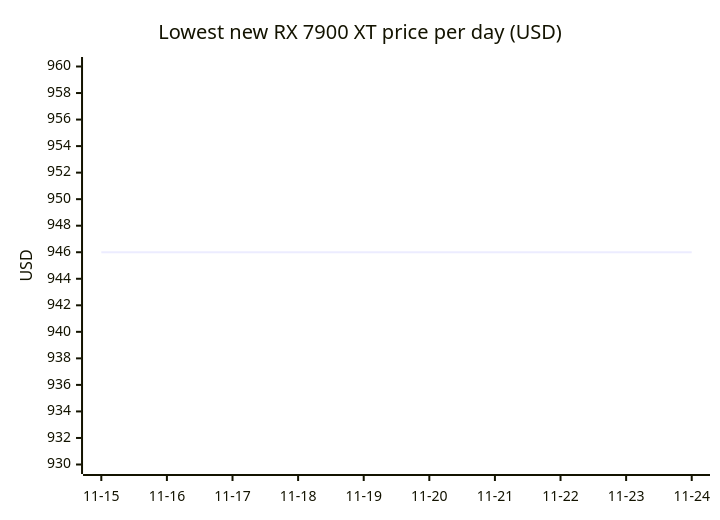
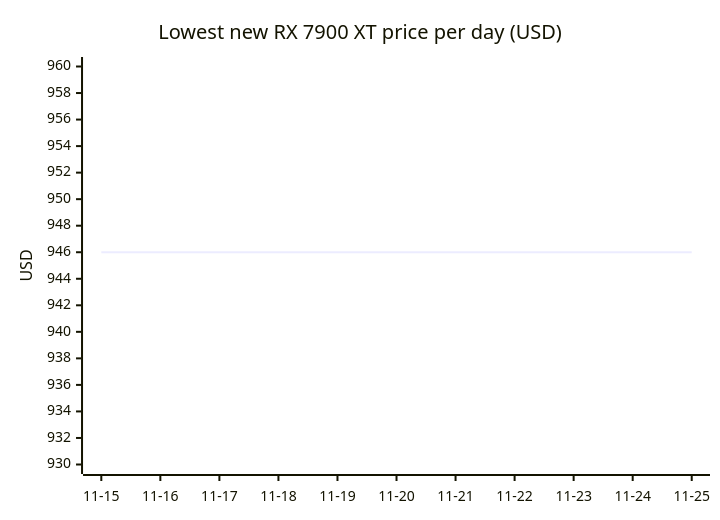
One commit to 7324136828/4tb_ssd_price_watch changed diagram 14 of 18 in README.md. Above: the diagram before and after it, drawn with Mermaid. The commit also changed other lines of this file, not shown here.

````diff
--- a/README.md
+++ b/README.md
@@ -1247,7 +1285,7 @@
 ```mermaid
 xychart-beta
     title "Lowest new RX 7900 XT price per day (USD)"
-    x-axis ["11-15", "11-16", "11-17", "11-18", "11-19", "11-20", "11-21", "11-22", "11-23", "11-24"]
+    x-axis ["11-15", "11-16", "11-17", "11-18", "11-19", "11-20", "11-21", "11-22", "11-23", "11-24", "11-25"]
     y-axis "USD" 930 --> 960
-    line [946.00, 946.00, 946.00, 946.00, 946.00, 946.00, 946.00, 946.00, 946.00, 946.00]
+    line [946.00, 946.00, 946.00, 946.00, 946.00, 946.00, 946.00, 946.00, 946.00, 946.00, 946.00]
 ```
````
